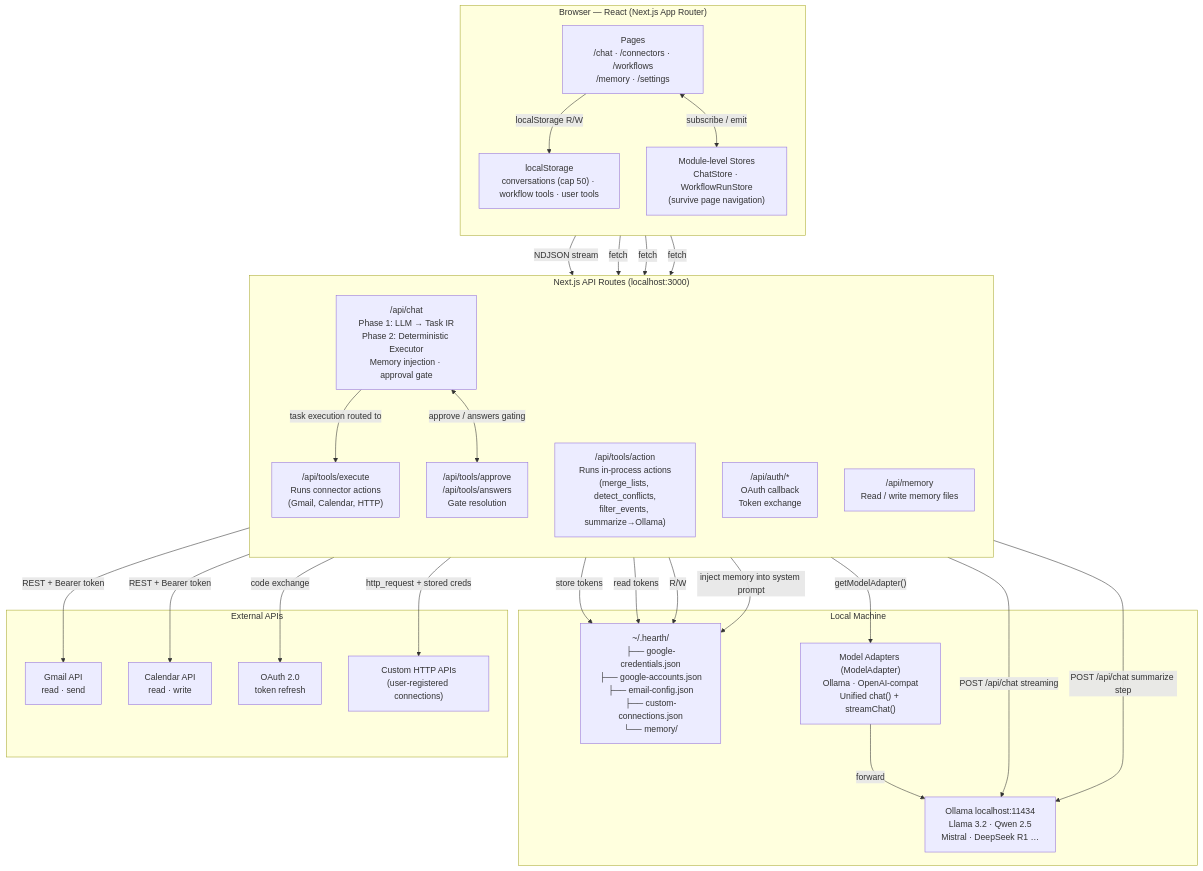
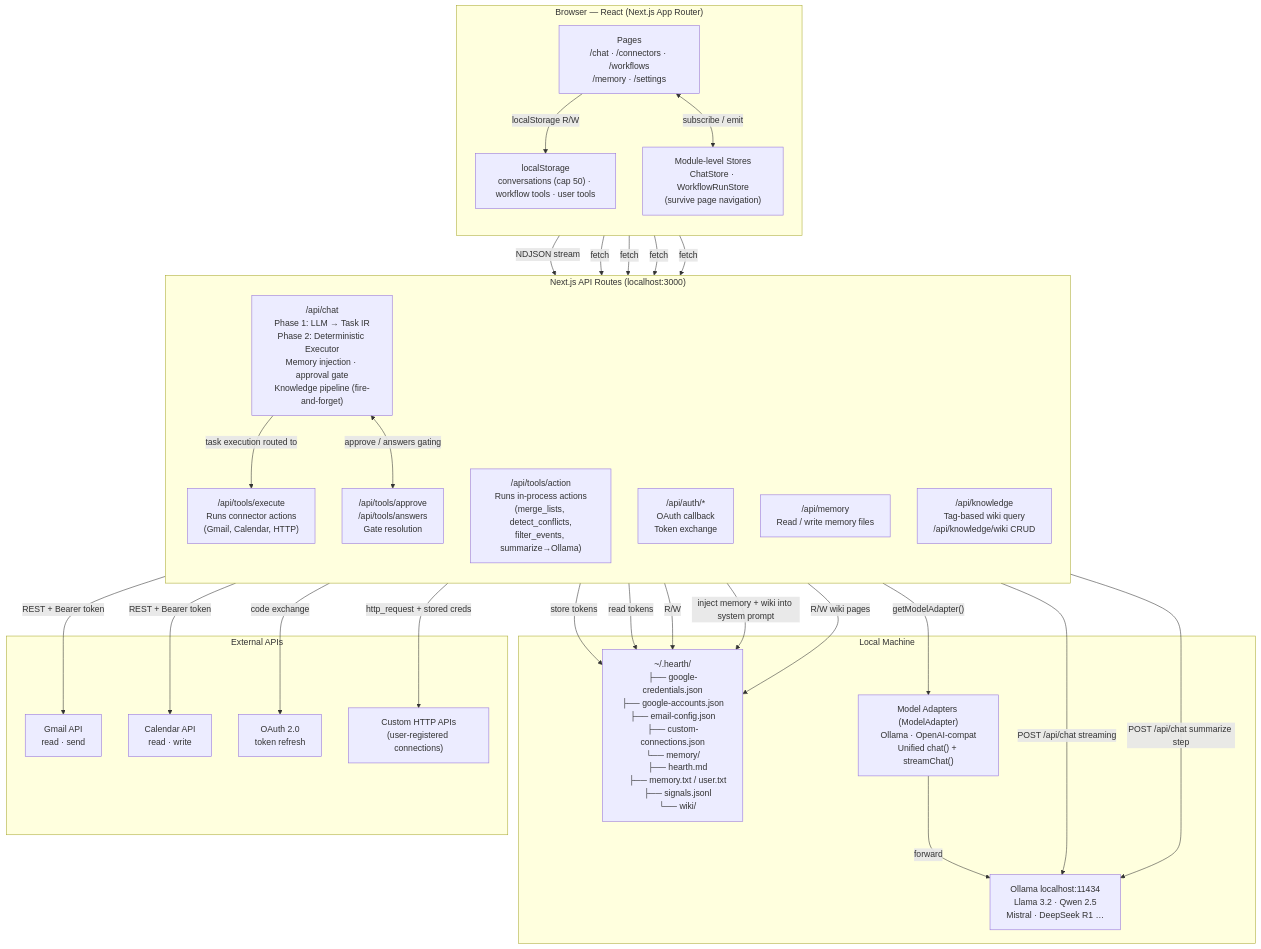
The diagram in docs/system-design.md (yulongkelly/Hearth), drawn with Mermaid before and after one commit. The commit also changed other lines of this file and 1 other file, not shown here.

Commit message:
docs: update system design; add test:integration script

````diff
--- a/docs/system-design.md
+++ b/docs/system-design.md
@@ -18,58 +18,61 @@
 ```mermaid
 graph TB
     subgraph Browser["Browser — React (Next.js App Router)"]
         direction TB
         Pages["Pages\n/chat · /connectors · /workflows\n/memory · /settings"]
         LS["localStorage\nconversations (cap 50) · workflow tools · user tools"]
         GS["Module-level Stores\nChatStore · WorkflowRunStore\n(survive page navigation)"]
     end
 
     subgraph Server["Next.js API Routes (localhost:3000)"]
         direction TB
-        ChatRoute["/api/chat\nPhase 1: LLM → Task IR\nPhase 2: Deterministic Executor\nMemory injection · approval gate"]
+        ChatRoute["/api/chat\nPhase 1: LLM → Task IR\nPhase 2: Deterministic Executor\nMemory injection · approval gate\nKnowledge pipeline (fire-and-forget)"]
         ToolExec["/api/tools/execute\nRuns connector actions\n(Gmail, Calendar, HTTP)"]
         ActionExec["/api/tools/action\nRuns in-process actions\n(merge_lists, detect_conflicts,\nfilter_events, summarize→Ollama)"]
         AuthRoutes["/api/auth/*\nOAuth callback\nToken exchange"]
         MemRoute["/api/memory\nRead / write memory files"]
         ApproveRoutes["/api/tools/approve\n/api/tools/answers\nGate resolution"]
+        KnowledgeRoute["/api/knowledge\nTag-based wiki query\n/api/knowledge/wiki CRUD"]
     end
 
     subgraph LocalMachine["Local Machine"]
         Ollama["Ollama  localhost:11434\nLlama 3.2 · Qwen 2.5\nMistral · DeepSeek R1 …"]
-        FS["~/.hearth/\n├── google-credentials.json\n├── google-accounts.json\n├── email-config.json\n├── custom-connections.json\n└── memory/"]
+        FS["~/.hearth/\n├── google-credentials.json\n├── google-accounts.json\n├── email-config.json\n├── custom-connections.json\n└── memory/\n    ├── hearth.md\n    ├── memory.txt / user.txt\n    ├── signals.jsonl\n    └── wiki/"]
         Adapters["Model Adapters (ModelAdapter)\nOllama · OpenAI-compat\nUnified chat() + streamChat()"]
     end
 
     subgraph ExternalAPIs["External APIs"]
         Gmail["Gmail API\nread · send"]
         GCal["Calendar API\nread · write"]
         OAuth["OAuth 2.0\ntoken refresh"]
         CustomAPIs["Custom HTTP APIs\n(user-registered connections)"]
     end
 
     Pages -->|"NDJSON stream"| ChatRoute
     Pages -->|"fetch"| ToolExec
     Pages -->|"fetch"| ActionExec
     Pages -->|"fetch"| MemRoute
+    Pages -->|"fetch"| KnowledgeRoute
     Pages -->|"localStorage R/W"| LS
     Pages <-->|"subscribe / emit"| GS
 
     ChatRoute -->|"POST /api/chat streaming"| Ollama
     ActionExec -->|"POST /api/chat summarize step"| Ollama
 
     ToolExec -->|"REST + Bearer token"| Gmail
     ToolExec -->|"REST + Bearer token"| GCal
     AuthRoutes -->|"code exchange"| OAuth
     ToolExec -->|"http_request + stored creds"| CustomAPIs
     ChatRoute -->|"task execution routed to"| ToolExec
 
     AuthRoutes -->|"store tokens"| FS
     ToolExec -->|"read tokens"| FS
     MemRoute -->|"R/W"| FS
-    ChatRoute -->|"inject memory into system prompt"| FS
+    ChatRoute -->|"inject memory + wiki into system prompt"| FS
+    KnowledgeRoute -->|"R/W wiki pages"| FS
 
     ChatRoute -->|"getModelAdapter()"| Adapters
     Adapters -->|"forward"| Ollama
 
     ChatRoute <-->|"approve / answers gating"| ApproveRoutes
 ```
````
